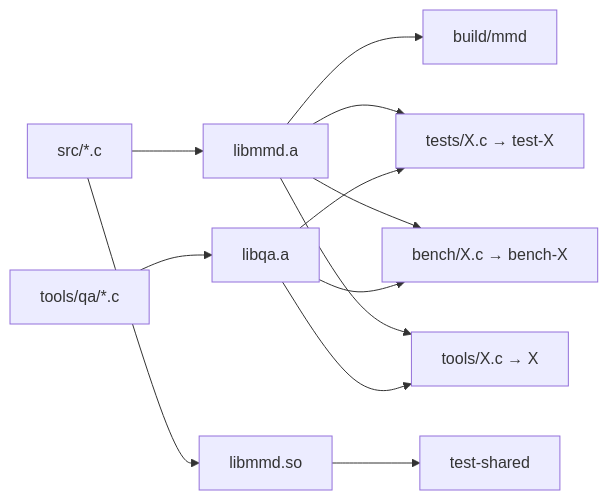
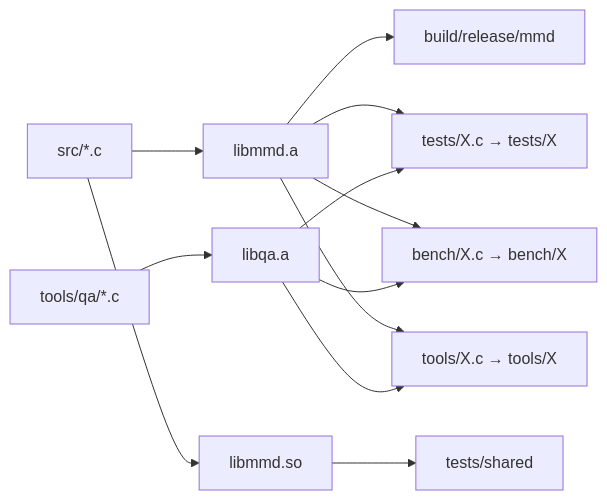
One commit to zhaob1n/libmmd changed the diagram in docs/dev/INTERNALS.md. Above: the diagram before and after it, drawn with Mermaid. The commit also changed other lines of this file and 16 other files, not shown here.

````diff
--- a/docs/dev/INTERNALS.md
+++ b/docs/dev/INTERNALS.md
@@ -247,8 +247,8 @@
 ```mermaid
 flowchart LR
   src[src/*.c] --> a[libmmd.a] & so[libmmd.so]
-  a --> mmd[build/mmd]
+  a --> mmd[build/release/mmd]
   qa[tools/qa/*.c] --> kit[libqa.a]
-  a & kit --> t["tests/X.c → test-X"] & b["bench/X.c → bench-X"] & d["tools/X.c → X"]
-  so --> ts[test-shared]
+  a & kit --> t["tests/X.c → tests/X"] & b["bench/X.c → bench/X"] & d["tools/X.c → tools/X"]
+  so --> ts[tests/shared]
 ```
````
